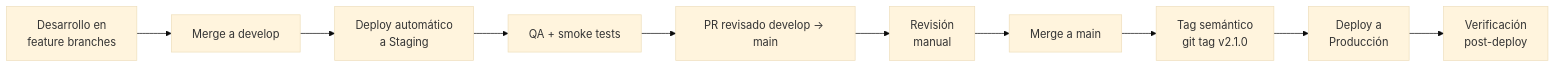
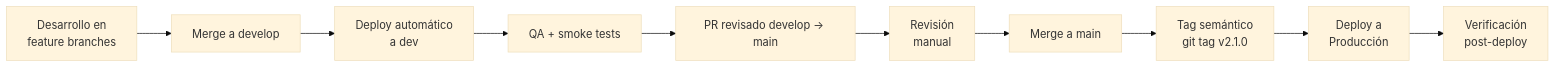
One commit to AndresGilabert/terrenario changed the diagram in docs/08-procesos/proceso-release.md. Above: the diagram before and after it, drawn with Mermaid (base theme). The commit also changed other lines of this file and 34 other files, not shown here.

````diff
--- a/docs/08-procesos/proceso-release.md
+++ b/docs/08-procesos/proceso-release.md
@@ -27,12 +27,12 @@
 ```mermaid
 flowchart LR
     dev["Desarrollo en\nfeature branches"] --> develop["Merge a develop"]
-    develop --> staging["Deploy automático\na Staging"]
-    staging --> qa["QA + smoke tests"]
+    develop --> devenv["Deploy automático\na dev"]
+    devenv --> qa["QA + smoke tests"]
     qa --> pr["PR revisado develop → main"]
     pr --> approval["Revisión\nmanual"]
     approval --> main["Merge a main"]
     main --> tag["Tag semántico\ngit tag v2.1.0"]
     tag --> prod["Deploy a\nProducción"]
     prod --> verify["Verificación\npost-deploy"]
 ```
````
